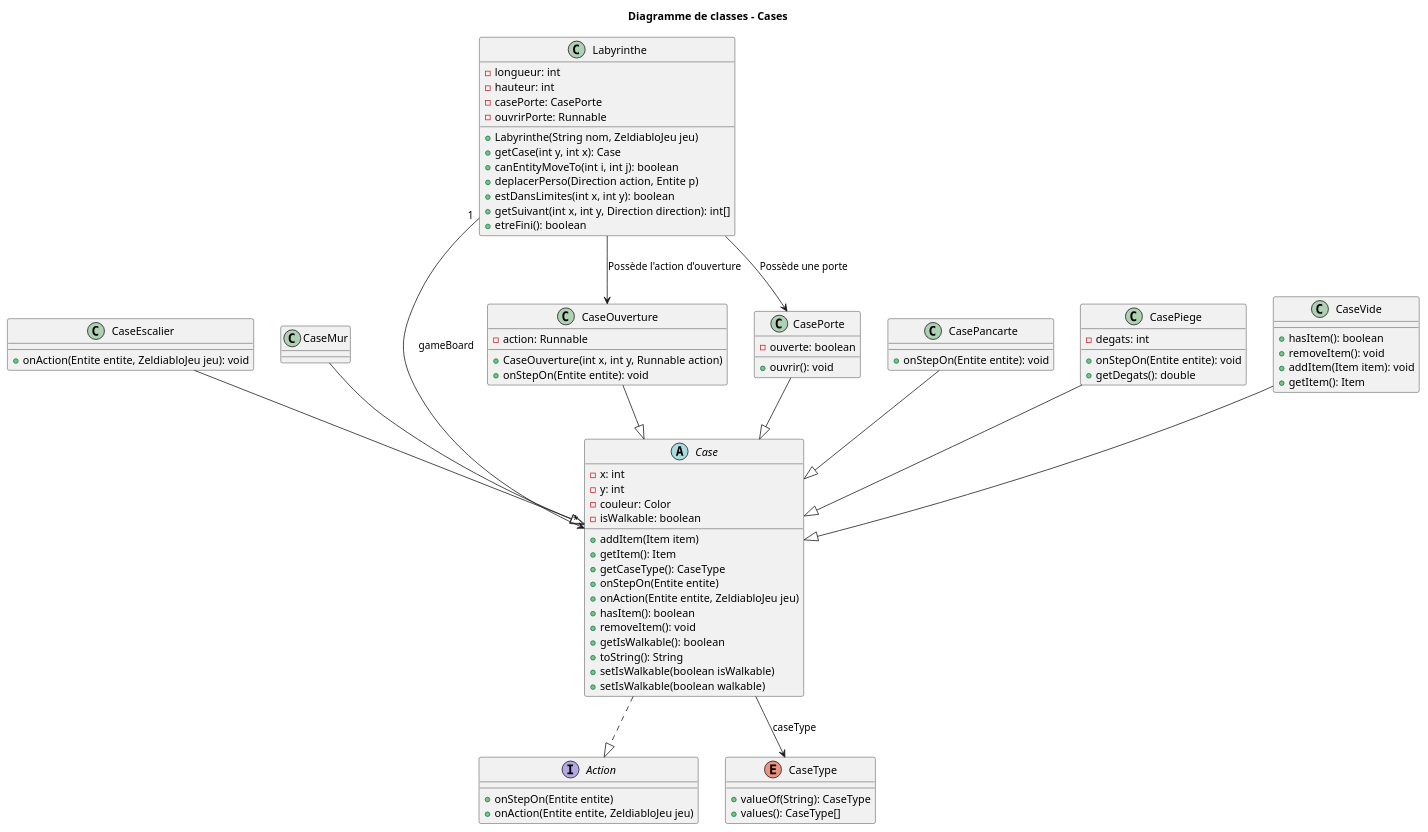
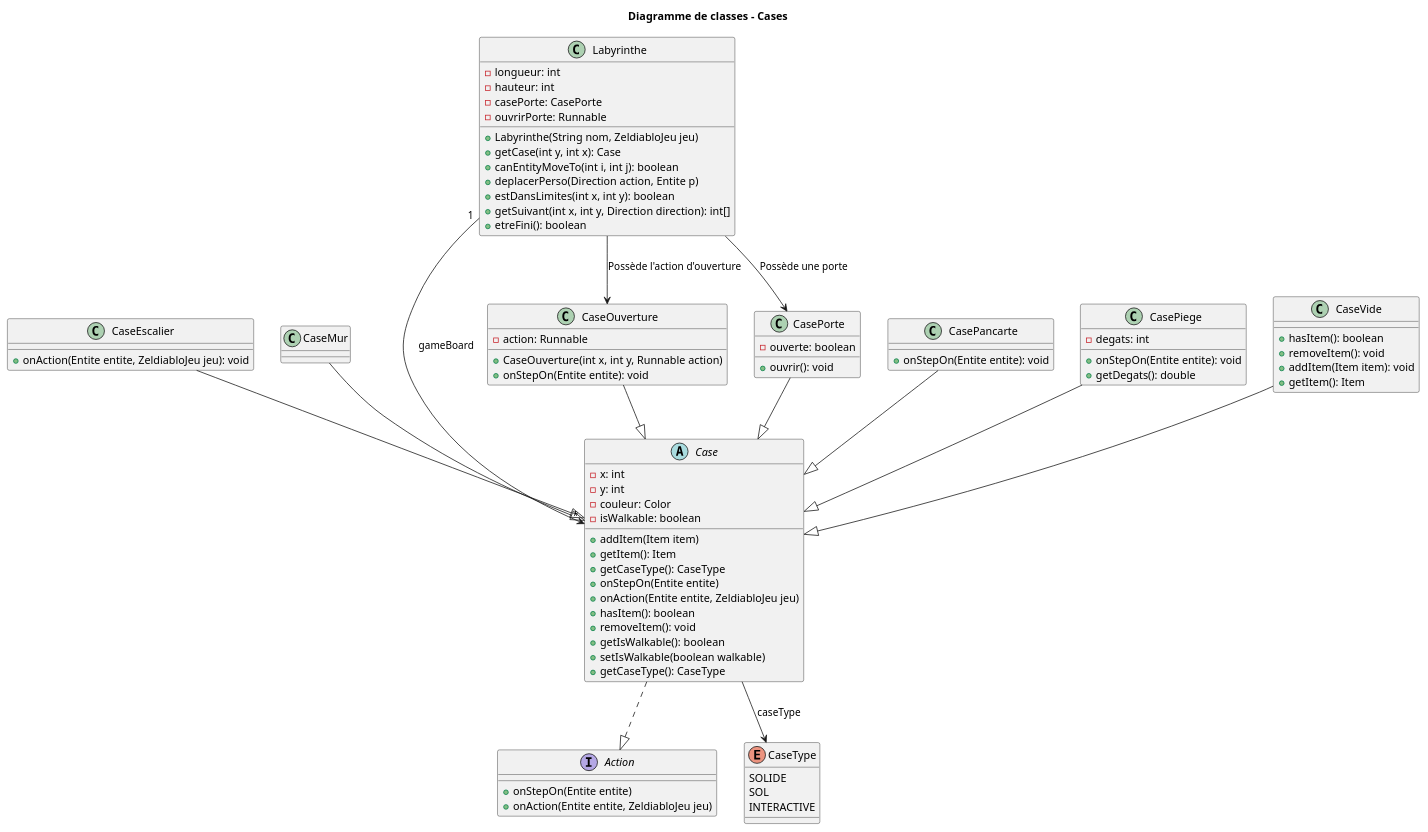
Before and after one commit to zonetecde/BUT_S2_2025_Zeldiablo_e22359u_e82916u_e77582u_e85474u: the diagram in zeldiablo/documents/DigrammesFinaux/Cases.puml, drawn with PlantUML. The commit also changed 7 other files, not shown here.

```diff
--- a/zeldiablo/documents/DigrammesFinaux/Cases.puml
+++ b/zeldiablo/documents/DigrammesFinaux/Cases.puml
@@ -1,95 +1,95 @@
 @startuml
 title Diagramme de classes - Cases
 
 interface Action {
     +onStepOn(Entite entite)
     +onAction(Entite entite, ZeldiabloJeu jeu)
 }
 
 enum CaseType {
-    +valueOf(String): CaseType
-    +values(): CaseType[]
+  SOLIDE
+  SOL
+  INTERACTIVE
 }
 
 abstract class Case {
     -x: int
     -y: int
     -couleur: Color 
     -isWalkable: boolean
     +addItem(Item item)
     +getItem(): Item
     +getCaseType(): CaseType
     +onStepOn(Entite entite)
     +onAction(Entite entite, ZeldiabloJeu jeu)
     +hasItem(): boolean
     +removeItem(): void
     +getIsWalkable(): boolean
-    +toString(): String
-    +setIsWalkable(boolean isWalkable)
     +setIsWalkable(boolean walkable)
+    +getCaseType(): CaseType
 }
 
 class CaseEscalier {
     +onAction(Entite entite, ZeldiabloJeu jeu): void
 }
 
 class CaseMur {
 }
 
 class CaseOuverture {
     -action: Runnable
     +CaseOuverture(int x, int y, Runnable action)
     +onStepOn(Entite entite): void
 }
 
 class CasePancarte {
     +onStepOn(Entite entite): void
 }
 
 class CasePiege {
     -degats: int
     +onStepOn(Entite entite): void
     +getDegats(): double
 }
 
 class CasePorte {
     -ouverte: boolean
     +ouvrir(): void
 }
 
 class CaseVide {
     +hasItem(): boolean
     +removeItem(): void
     +addItem(Item item): void
     +getItem(): Item
 }
 
 class Labyrinthe {
     -longueur: int
     -hauteur: int
     -casePorte: CasePorte
     -ouvrirPorte: Runnable
     +Labyrinthe(String nom, ZeldiabloJeu jeu)
     +getCase(int y, int x): Case
     +canEntityMoveTo(int i, int j): boolean
     +deplacerPerso(Direction action, Entite p)
     +estDansLimites(int x, int y): boolean
     +getSuivant(int x, int y, Direction direction): int[]
     +etreFini(): boolean
 }
 
 Case ..|> Action
 CaseEscalier --|> Case
 CaseMur --|> Case
 CaseOuverture --|> Case
 CasePancarte --|> Case
 CasePiege --|> Case
 CasePorte --|> Case
 CaseVide --|> Case
 
 Case --> CaseType : caseType
 Labyrinthe --> CasePorte : Possède une porte
 Labyrinthe --> CaseOuverture : Possède l'action d'ouverture
 Labyrinthe "1" --> "*" Case : gameBoard
 
 @enduml
```
